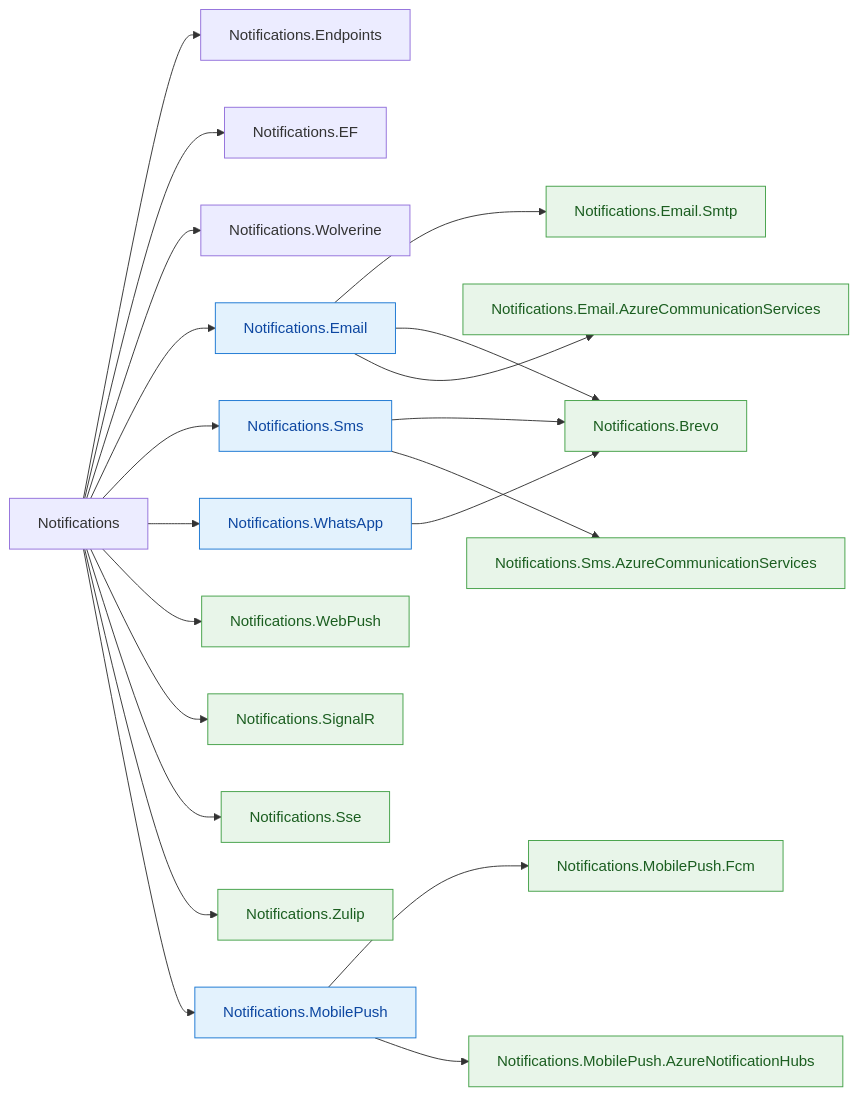
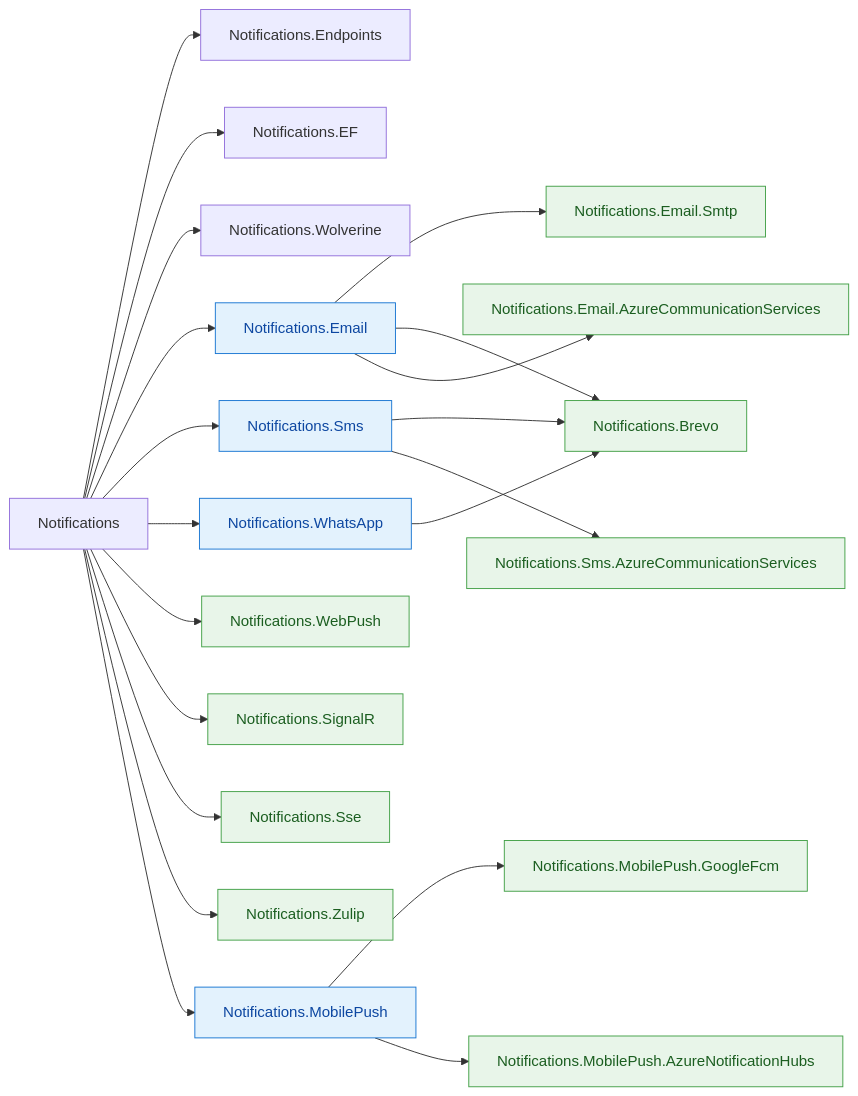
One commit to enraiz/granit-dotnet changed the third of 5 diagrams in docs-site/src/content/docs/reference/dependency-graph.md. Above: the diagram before and after it, drawn with Mermaid. The commit also changed other lines of this file and 139 other files, not shown here.

````diff
--- a/docs-site/src/content/docs/reference/dependency-graph.md
+++ b/docs-site/src/content/docs/reference/dependency-graph.md
@@ -298,43 +298,43 @@
 ```mermaid
 flowchart LR
     NOTIF["Notifications"] --> NOTIF_EP["Notifications.Endpoints"]
     NOTIF --> NOTIF_EF["Notifications.EF"]
     NOTIF --> NOTIF_WOL["Notifications.Wolverine"]
 
     NOTIF --> NOTIF_EMAIL["Notifications.Email"]
     NOTIF_EMAIL --> NOTIF_SMTP["Notifications.Email.Smtp"]
 
     NOTIF --> NOTIF_SMS["Notifications.Sms"]
     NOTIF --> NOTIF_WA["Notifications.WhatsApp"]
     NOTIF --> NOTIF_PUSH["Notifications.WebPush"]
     NOTIF --> NOTIF_SR["Notifications.SignalR"]
     NOTIF --> NOTIF_SSE["Notifications.Sse"]
     NOTIF --> NOTIF_ZULIP["Notifications.Zulip"]
 
     NOTIF --> NOTIF_MP["Notifications.MobilePush"]
-    NOTIF_MP --> NOTIF_FCM["Notifications.MobilePush.Fcm"]
+    NOTIF_MP --> NOTIF_FCM["Notifications.MobilePush.GoogleFcm"]
 
     NOTIF_EMAIL --> NOTIF_BREVO["Notifications.Brevo"]
     NOTIF_SMS --> NOTIF_BREVO
     NOTIF_WA --> NOTIF_BREVO
 
     NOTIF_EMAIL --> NOTIF_ACS_EMAIL["Notifications.Email.AzureCommunicationServices"]
     NOTIF_SMS --> NOTIF_ACS_SMS["Notifications.Sms.AzureCommunicationServices"]
     NOTIF_MP --> NOTIF_ANH["Notifications.MobilePush.AzureNotificationHubs"]
 
     style NOTIF_EMAIL fill:#e3f2fd,stroke:#1976d2,color:#0d47a1
     style NOTIF_SMS fill:#e3f2fd,stroke:#1976d2,color:#0d47a1
     style NOTIF_WA fill:#e3f2fd,stroke:#1976d2,color:#0d47a1
     style NOTIF_MP fill:#e3f2fd,stroke:#1976d2,color:#0d47a1
 
     style NOTIF_SMTP fill:#e8f5e9,stroke:#43a047,color:#1b5e20
     style NOTIF_BREVO fill:#e8f5e9,stroke:#43a047,color:#1b5e20
     style NOTIF_ACS_EMAIL fill:#e8f5e9,stroke:#43a047,color:#1b5e20
     style NOTIF_ACS_SMS fill:#e8f5e9,stroke:#43a047,color:#1b5e20
     style NOTIF_ANH fill:#e8f5e9,stroke:#43a047,color:#1b5e20
     style NOTIF_SR fill:#e8f5e9,stroke:#43a047,color:#1b5e20
     style NOTIF_SSE fill:#e8f5e9,stroke:#43a047,color:#1b5e20
     style NOTIF_ZULIP fill:#e8f5e9,stroke:#43a047,color:#1b5e20
     style NOTIF_PUSH fill:#e8f5e9,stroke:#43a047,color:#1b5e20
     style NOTIF_FCM fill:#e8f5e9,stroke:#43a047,color:#1b5e20
 ```
````
